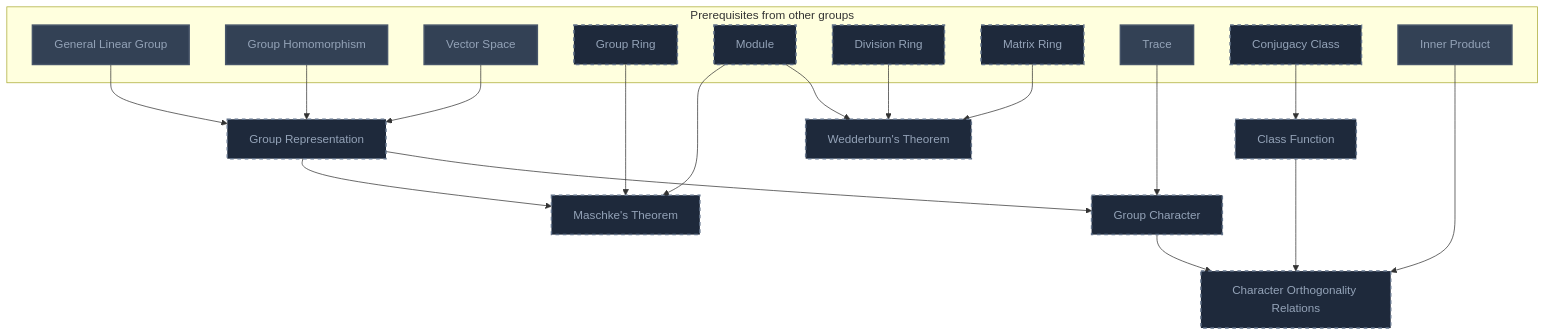
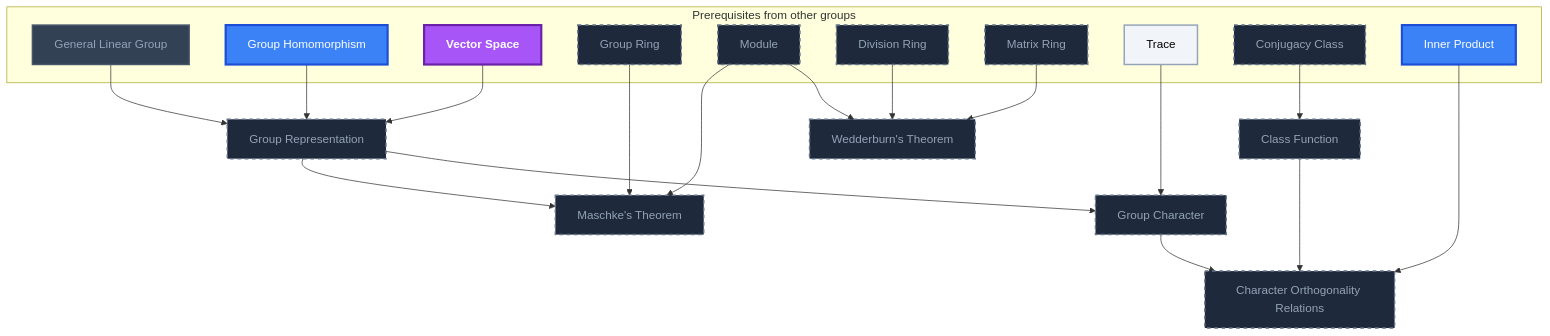
Before and after one commit to MRauf1/My-Notes: diagram 19 of 20 in Gamification/Skill Trees/Abstract Algebra.md, drawn with Mermaid. The commit also changed other lines of this file and 57 other files, not shown here.

````diff
--- a/Gamification/Skill Trees/Abstract Algebra.md
+++ b/Gamification/Skill Trees/Abstract Algebra.md
@@ -1238,48 +1257,51 @@
 ```mermaid
 flowchart TD
     classDef planned fill:#1E293B,stroke:#64748B,stroke-width:2px,stroke-dasharray:5 5,color:#94A3B8;
     classDef locked fill:#334155,stroke:#475569,stroke-width:2px,color:#94A3B8;
     classDef L0 fill:#F1F5F9,stroke:#94A3B8,stroke-width:2px,color:#000000;
     classDef L1 fill:#22C55E,stroke:#15803D,stroke-width:2px,color:#000000;
     classDef L2 fill:#3B82F6,stroke:#1D4ED8,stroke-width:3px,color:#FFFFFF;
     classDef L3 fill:#A855F7,stroke:#6B21A8,stroke-width:3px,color:#FFFFFF,font-weight:bold;
     classDef L4 fill:#F97316,stroke:#C2410C,stroke-width:4px,color:#000000,font-weight:bold;
     classDef L5 fill:#FFD700,stroke:#FF8C00,stroke-width:5px,color:#000000,font-weight:bold;
     classDef rusty stroke:#8B4513,stroke-width:4px,stroke-dasharray:3 3;
     subgraph sg_prereqs["Prerequisites from other groups"]
         n_general_linear_group["General Linear Group"]
         n_group_homomorphism["Group Homomorphism"]
         n_vector_space["Vector Space"]
         n_group_ring["Group Ring"]
         n_module["Module"]
         n_division_ring["Division Ring"]
         n_matrix_ring["Matrix Ring"]
         n_trace["Trace"]
         n_conjugacy_class["Conjugacy Class"]
         n_inner_product["Inner Product"]
     end
     n_group_representation["Group Representation"]
     n_maschke_s_theorem["Maschke's Theorem"]
     n_wedderburn_s_theorem["Wedderburn's Theorem"]
     n_group_character["Group Character"]
     n_class_function["Class Function"]
     n_character_orthogonality_relations["Character Orthogonality Relations"]
     n_general_linear_group --> n_group_representation
     n_group_homomorphism --> n_group_representation
     n_vector_space --> n_group_representation
     n_group_representation --> n_maschke_s_theorem
     n_group_ring --> n_maschke_s_theorem
     n_module --> n_maschke_s_theorem
     n_division_ring --> n_wedderburn_s_theorem
     n_matrix_ring --> n_wedderburn_s_theorem
     n_module --> n_wedderburn_s_theorem
     n_group_representation --> n_group_character
     n_trace --> n_group_character
     n_conjugacy_class --> n_class_function
     n_group_character --> n_character_orthogonality_relations
     n_class_function --> n_character_orthogonality_relations
     n_inner_product --> n_character_orthogonality_relations
     class n_group_ring,n_module,n_division_ring,n_matrix_ring,n_conjugacy_class,n_group_representation,n_maschke_s_theorem,n_wedderburn_s_theorem,n_group_character,n_class_function,n_character_orthogonality_relations planned;
-    class n_general_linear_group,n_group_homomorphism,n_vector_space,n_trace,n_inner_product locked;
+    class n_general_linear_group locked;
+    class n_trace L0;
+    class n_group_homomorphism,n_inner_product L2;
+    class n_vector_space L3;
     class n_general_linear_group,n_group_homomorphism,n_vector_space,n_trace,n_inner_product internal-link;
 ```
````
